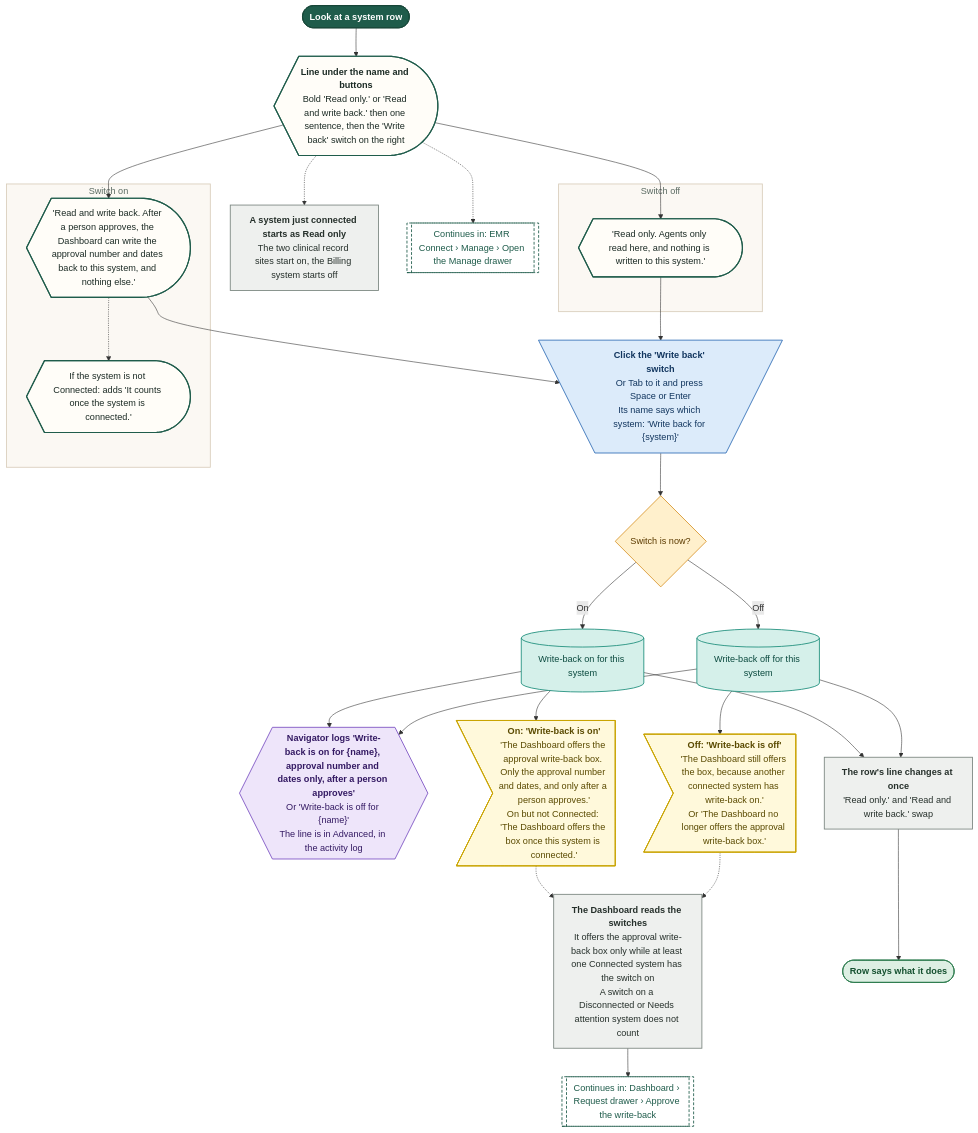
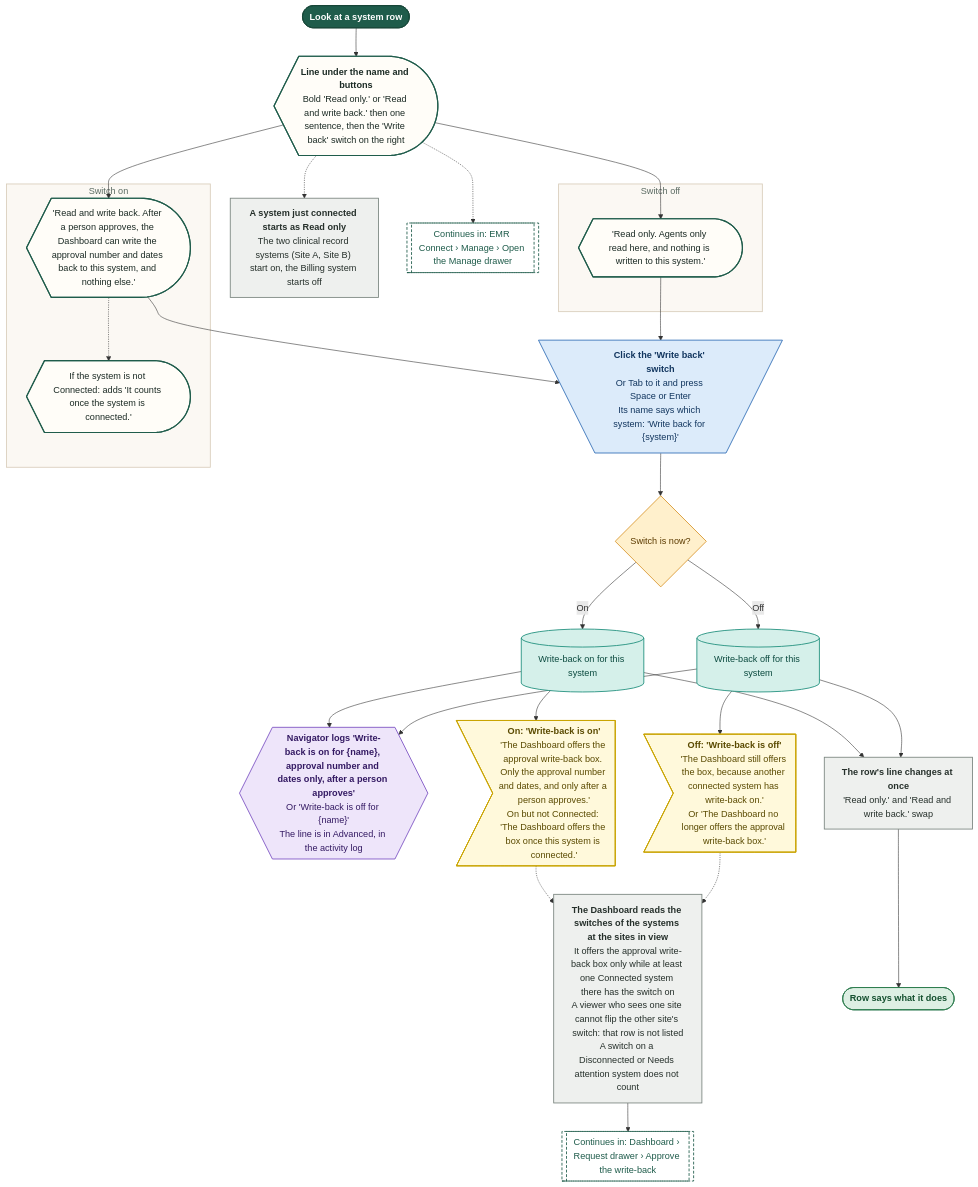
One commit to Shrav143/psyfloapp changed the sixth of 21 diagrams in demos/prior-auth-demo/workflows/out/md/09-emr-connect.md. Above: the diagram before and after it, drawn with Mermaid. The commit also changed other lines of this file and 251 other files, not shown here.

First line of the commit message:
docs: rebuild the workflow diagrams (291) for round 4

````diff
--- a/demos/prior-auth-demo/workflows/out/md/09-emr-connect.md
+++ b/demos/prior-auth-demo/workflows/out/md/09-emr-connect.md
@@ -349,65 +431,65 @@
 ```mermaid
 %%{init: {"theme":"base","themeVariables":{"fontFamily":"'DM Sans', 'Segoe UI', system-ui, sans-serif","fontSize":"15px","lineColor":"#5B6B63","primaryTextColor":"#1C2B25","clusterBkg":"#FBF8F3","clusterBorder":"#D9CDBB","edgeLabelBackground":"#FFFFFF"},"flowchart":{"curve":"basis","nodeSpacing":36,"rankSpacing":48,"padding":12,"htmlLabels":true,"useMaxWidth":false,"wrappingWidth":230}} }%%
 flowchart TD
   classDef k_start fill:#1F5C4B,stroke:#174638,color:#FFFFFF,stroke-width:1.5px,font-weight:600
   classDef k_end fill:#DDEFE3,stroke:#2E7D4F,color:#14502F,stroke-width:1.5px,font-weight:600
   classDef k_endx fill:#FBE3E0,stroke:#C0392B,color:#7A1F16,stroke-width:1.5px,font-weight:600
   classDef k_screen fill:#FFFDF8,stroke:#1F5C4B,color:#1C2B25,stroke-width:2px
   classDef k_overlay fill:#F1F7F3,stroke:#1F5C4B,color:#1C2B25,stroke-width:2px,stroke-dasharray:5 3
   classDef k_click fill:#DCEBFA,stroke:#2F6DB5,color:#12365F,stroke-width:1.5px
   classDef k_input fill:#E4E7FF,stroke:#4C5FD5,color:#1D2670,stroke-width:1.5px
   classDef k_process fill:#EEF0EE,stroke:#7A857F,color:#26302B,stroke-width:1.5px
   classDef k_agent fill:#EEE5FA,stroke:#7A4FC2,color:#341A63,stroke-width:1.5px
   classDef k_decision fill:#FFF0CC,stroke:#D9962B,color:#5C3B00,stroke-width:1.5px
   classDef k_store fill:#D5F0EA,stroke:#1C8E7B,color:#0B4A3F,stroke-width:1.5px
   classDef k_doc fill:#F6E9DC,stroke:#B07A4C,color:#4A2E14,stroke-width:1.5px
   classDef k_ext fill:#FFE6D2,stroke:#E07B39,color:#6B2F06,stroke-width:1.5px
   classDef k_wait fill:#E4E8EE,stroke:#6B7C93,color:#26303D,stroke-width:1.5px
   classDef k_toast fill:#FFF9DB,stroke:#C9A400,color:#5A4A00,stroke-width:1.5px
   classDef k_goto fill:#FFFFFF,stroke:#1F5C4B,color:#1F5C4B,stroke-width:1.5px,stroke-dasharray:5 3
   s1@{ shape: stadium, label: "Look at a system row" }
   sc@{ shape: curv-trap, label: "<b>Line under the name and buttons</b><br/>Bold 'Read only.' or 'Read and write back.' then one sentence, then the 'Write back' switch on the right" }
   subgraph gOff ["Switch off"]
   o1@{ shape: curv-trap, label: "'Read only. Agents only read here, and nothing is written to this system.'" }
   end
   subgraph gOn ["Switch on"]
   n1@{ shape: curv-trap, label: "'Read and write back. After a person approves, the Dashboard can write the approval number and dates back to this system, and nothing else.'" }
   n2@{ shape: curv-trap, label: "If the system is not Connected: adds 'It counts once the system is connected.'" }
   end
   c1@{ shape: trap-t, label: "<b>Click the 'Write back' switch</b><br/>Or Tab to it and press Space or Enter<br/>Its name says which system: 'Write back for {system}'" }
   q1@{ shape: diam, label: "Switch is now?" }
   s2@{ shape: cyl, label: "Write-back on for this system" }
   s3@{ shape: cyl, label: "Write-back off for this system" }
   a1@{ shape: hex, label: "<b>Navigator logs 'Write-back is on for {name}, approval number and dates only, after a person approves'</b><br/>Or 'Write-back is off for {name}'<br/>The line is in Advanced, in the activity log" }
   t1@{ shape: odd, label: "<b>On: 'Write-back is on'</b><br/>'The Dashboard offers the approval write-back box. Only the approval number and dates, and only after a person approves.'<br/>On but not Connected: 'The Dashboard offers the box once this system is connected.'" }
   t2@{ shape: odd, label: "<b>Off: 'Write-back is off'</b><br/>'The Dashboard still offers the box, because another connected system has write-back on.'<br/>Or 'The Dashboard no longer offers the approval write-back box.'" }
   p1@{ shape: rect, label: "<b>The row's line changes at once</b><br/>'Read only.' and 'Read and write back.' swap" }
-  p2@{ shape: rect, label: "<b>The Dashboard reads the switches</b><br/>It offers the approval write-back box only while at least one Connected system has the switch on<br/>A switch on a Disconnected or Needs attention system does not count" }
-  p3@{ shape: rect, label: "<b>A system just connected starts as Read only</b><br/>The two clinical record sites start on, the Billing system starts off" }
+  p2@{ shape: rect, label: "<b>The Dashboard reads the switches of the systems at the sites in view</b><br/>It offers the approval write-back box only while at least one Connected system there has the switch on<br/>A viewer who sees one site cannot flip the other site's switch: that row is not listed<br/>A switch on a Disconnected or Needs attention system does not count" }
+  p3@{ shape: rect, label: "<b>A system just connected starts as Read only</b><br/>The two clinical record systems (Site A, Site B) start on, the Billing system starts off" }
   g1@{ shape: subproc, label: "Continues in: Dashboard › Request drawer › Approve the write-back" }
   g2@{ shape: subproc, label: "Continues in: EMR Connect › Manage › Open the Manage drawer" }
   e1@{ shape: stadium, label: "Row says what it does" }
   s1 --> sc
   sc --> o1 & n1
   n1 -.-> n2
   sc -.-> p3
   o1 & n1 --> c1 --> q1
   q1 -->|"On"| s2 --> t1
   q1 -->|"Off"| s3 --> t2
   s2 & s3 --> a1
   s2 & s3 --> p1 --> e1
   t1 & t2 -.-> p2 --> g1
   sc -.-> g2
   class s1 k_start
   class sc,o1,n1,n2 k_screen
   class c1 k_click
   class q1 k_decision
   class s2,s3 k_store
   class a1 k_agent
   class t1,t2 k_toast
   class p1,p2,p3 k_process
   class g1,g2 k_goto
   class e1 k_end
   style gOff fill:#FBF8F3,stroke:#D9CDBB,stroke-width:1.5px,color:#5B6B63
   style gOn fill:#FBF8F3,stroke:#D9CDBB,stroke-width:1.5px,color:#5B6B63
 ```
````
